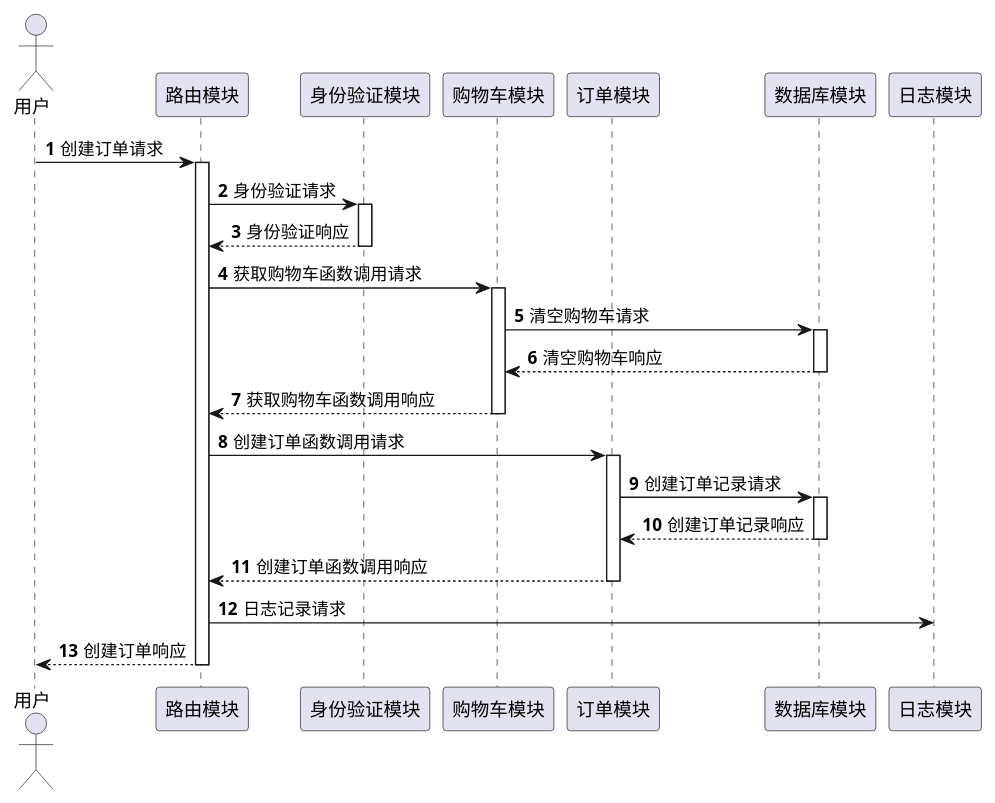
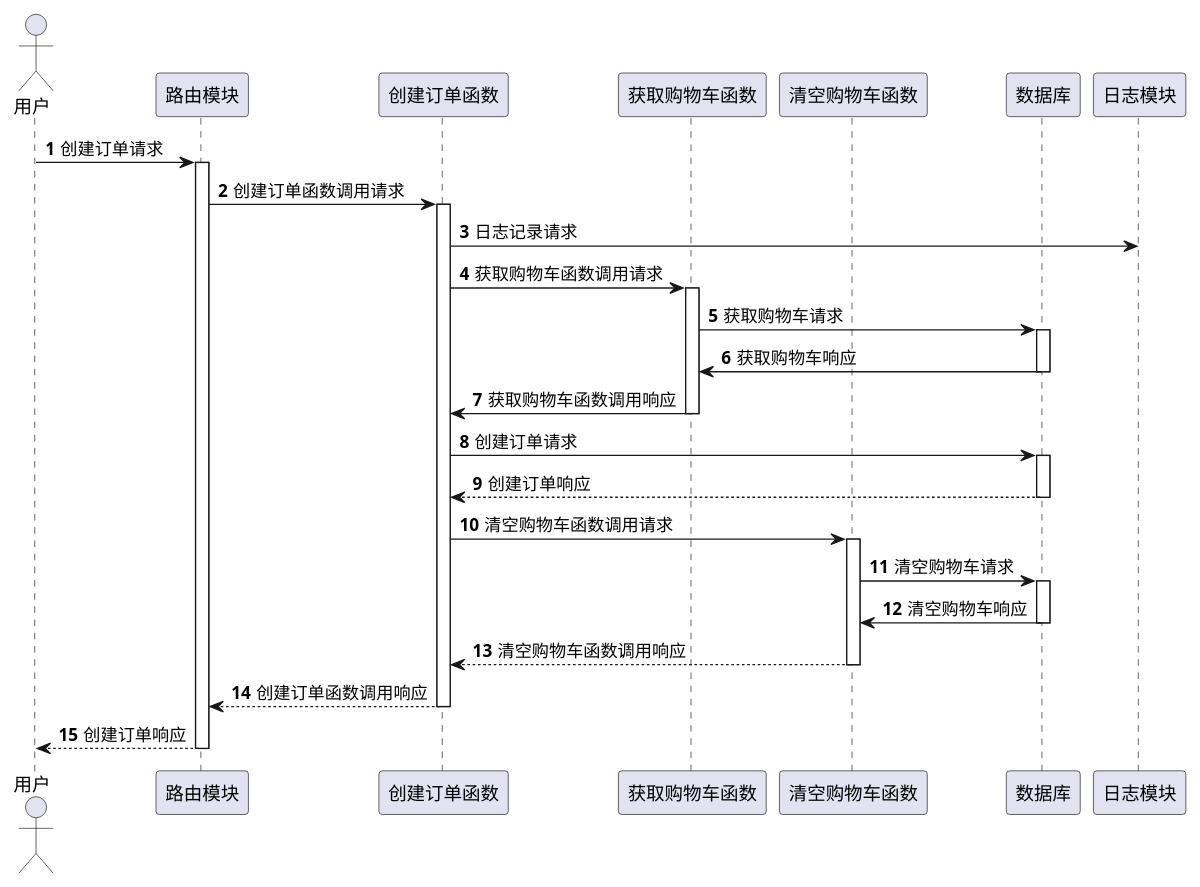
The diagram in uml/createOrder.puml (zouyonghe/High-Performance-Online-Bookstore), drawn with PlantUML before and after one commit. The commit also changed 34 other files, not shown here.

Commit message:
Add: uml png

```diff
--- a/uml/createOrder.puml
+++ b/uml/createOrder.puml
@@ -1,29 +1,33 @@
 @startuml
 'https://plantuml.com/sequence-diagram
 
 autonumber
 
 actor 用户 as general
 participant 路由模块 as router
-participant 身份验证模块 as validate
-participant 购物车模块 as cart
-participant 订单模块 as order
-participant 数据库模块 as database
+participant 创建订单函数 as order
+participant 获取购物车函数 as cart
+participant 清空购物车函数 as cc
+participant 数据库 as database
 participant 日志模块 as log
 
 general -> router++ : 创建订单请求
-router -> validate ++: 身份验证请求
-validate --> router --: 身份验证响应
-router -> cart ++: 获取购物车函数调用请求
-cart -> database ++: 清空购物车请求
-database --> cart --: 清空购物车响应
-cart --> router --: 获取购物车函数调用响应
-router -> order ++: 创建订单函数调用请求
-order -> database ++: 创建订单记录请求
-database --> order --: 创建订单记录响应
+
+router -> order++ : 创建订单函数调用请求
+order -> log: 日志记录请求
+
+order -> cart ++: 获取购物车函数调用请求
+cart -> database ++: 获取购物车请求
+database -> cart --: 获取购物车响应
+cart ->order --: 获取购物车函数调用响应
+order -> database ++: 创建订单请求
+database --> order --: 创建订单响应
+order -> cc ++: 清空购物车函数调用请求
+cc -> database ++: 清空购物车请求
+database -> cc --: 清空购物车响应
+cc --> order --: 清空购物车函数调用响应
 order --> router --:创建订单函数调用响应
 
 
-router -> log: 日志记录请求
 router --> general-- : 创建订单响应
 @enduml
```
